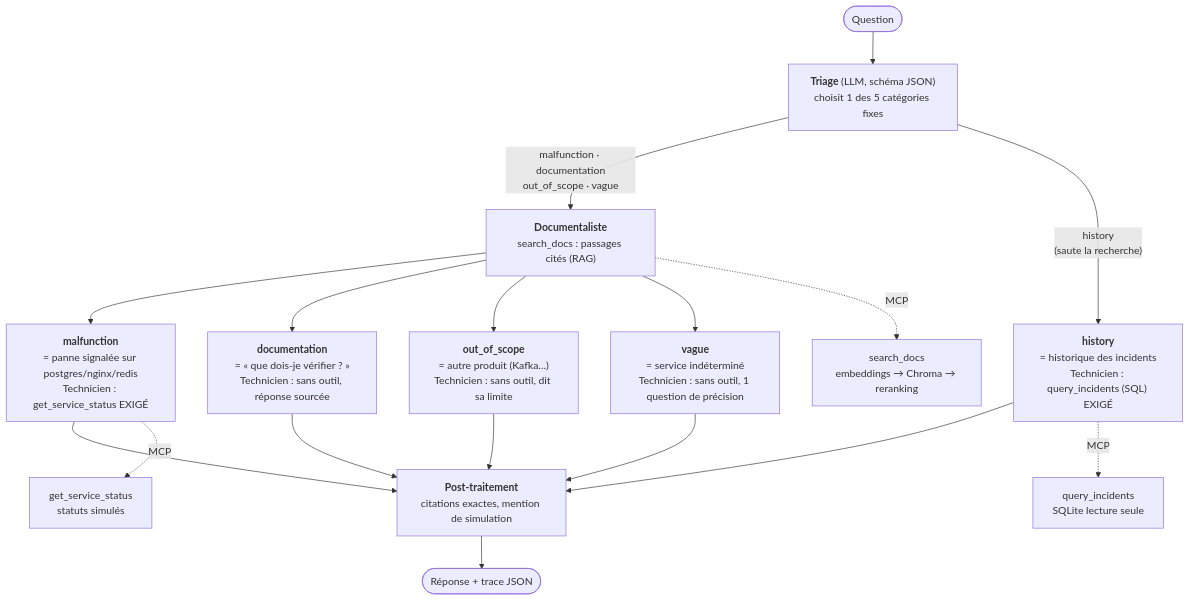
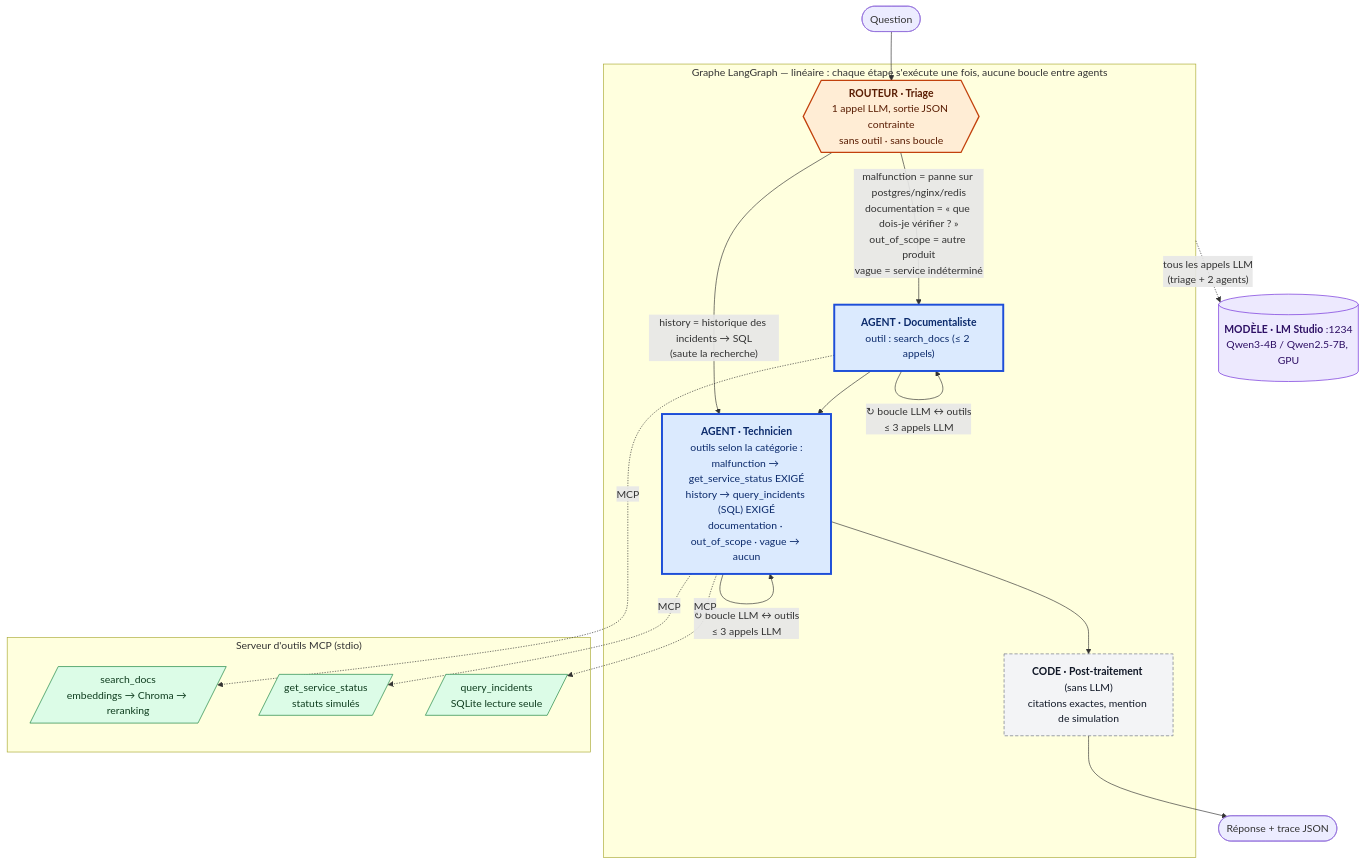
One commit to StephaneHe/HelloSupport changed the first of 2 diagrams in docs/DESIGN_DECISIONS.md. Above: the diagram before and after it, drawn with Mermaid. The commit also changed other lines of this file and 7 other files, not shown here.

First line of the commit message:
Make agents, router and code explicit in the architecture diagrams (v1.9.3)

````diff
--- a/docs/DESIGN_DECISIONS.md
+++ b/docs/DESIGN_DECISIONS.md
@@ -27,19 +27,40 @@
 ```mermaid
 flowchart TB
-    Q(["Question"]) --> T["<b>Triage</b> (LLM, schéma JSON)<br/>choisit 1 des 5 catégories fixes"]
-    T -->|"malfunction · documentation<br/>out_of_scope · vague"| D["<b>Documentaliste</b><br/>search_docs : passages cités (RAG)"]
-    T -->|"history<br/>(saute la recherche)"| H
+    Q(["Question"]) --> T
 
-    D --> M["<b>malfunction</b><br/>= panne signalée sur postgres/nginx/redis<br/>Technicien : get_service_status EXIGÉ"]
-    D --> DO["<b>documentation</b><br/>= « que dois-je vérifier ? »<br/>Technicien : sans outil, réponse sourcée"]
-    D --> O["<b>out_of_scope</b><br/>= autre produit (Kafka…)<br/>Technicien : sans outil, dit sa limite"]
-    D --> V["<b>vague</b><br/>= service indéterminé<br/>Technicien : sans outil, 1 question de précision"]
-    H["<b>history</b><br/>= historique des incidents<br/>Technicien : query_incidents (SQL) EXIGÉ"]
-
-    M & DO & O & V & H --> P["<b>Post-traitement</b><br/>citations exactes, mention de simulation"]
+    subgraph G["Graphe LangGraph — linéaire : chaque étape s'exécute une fois, aucune boucle entre agents"]
+        T{{"<b>ROUTEUR · Triage</b><br/>1 appel LLM, sortie JSON contrainte<br/>sans outil · sans boucle"}}
+        T -->|"malfunction = panne sur postgres/nginx/redis<br/>documentation = « que dois-je vérifier ? »<br/>out_of_scope = autre produit<br/>vague = service indéterminé"| D
+        T -->|"history = historique des incidents → SQL<br/>(saute la recherche)"| TE
+        D["<b>AGENT · Documentaliste</b><br/>outil : search_docs (≤ 2 appels)"]
+        D -->|"↻ boucle LLM ↔ outils<br/>≤ 3 appels LLM"| D
+        D --> TE
+        TE["<b>AGENT · Technicien</b><br/>outils selon la catégorie :<br/>malfunction → get_service_status EXIGÉ<br/>history → query_incidents (SQL) EXIGÉ<br/>documentation · out_of_scope · vague → aucun"]
+        TE -->|"↻ boucle LLM ↔ outils<br/>≤ 3 appels LLM"| TE
+        TE --> P["<b>CODE · Post-traitement</b> (sans LLM)<br/>citations exactes, mention de simulation"]
+    end
     P --> A(["Réponse + trace JSON"])
 
-    D -. "MCP" .-> S1["search_docs<br/>embeddings → Chroma → reranking"]
-    M -. "MCP" .-> S2["get_service_status<br/>statuts simulés"]
-    H -. "MCP" .-> S3["query_incidents<br/>SQLite lecture seule"]
+    subgraph MCP["Serveur d'outils MCP (stdio)"]
+        S1[/"search_docs<br/>embeddings → Chroma → reranking"/]
+        S2[/"get_service_status<br/>statuts simulés"/]
+        S3[/"query_incidents<br/>SQLite lecture seule"/]
+    end
+    D -. "MCP" .-> S1
+    TE -. "MCP" .-> S2
+    TE -. "MCP" .-> S3
+
+    LLM[("<b>MODÈLE · LM Studio</b> :1234<br/>Qwen3-4B / Qwen2.5-7B, GPU")]
+    G -. "tous les appels LLM<br/>(triage + 2 agents)" .-> LLM
+
+    classDef agent fill:#dbeafe,stroke:#1d4ed8,stroke-width:3px,color:#0b2a6b
+    classDef router fill:#ffedd5,stroke:#c2410c,stroke-width:2px,color:#5a1d03
+    classDef code fill:#f3f4f6,stroke:#6b7280,stroke-width:1px,stroke-dasharray:5 3,color:#111827
+    classDef tool fill:#dcfce7,stroke:#15803d,color:#0f3d1f
+    classDef model fill:#ede9fe,stroke:#6d28d9,color:#2e1065
+    class D,TE agent
+    class T router
+    class P code
+    class S1,S2,S3 tool
+    class LLM model
 ```
````
